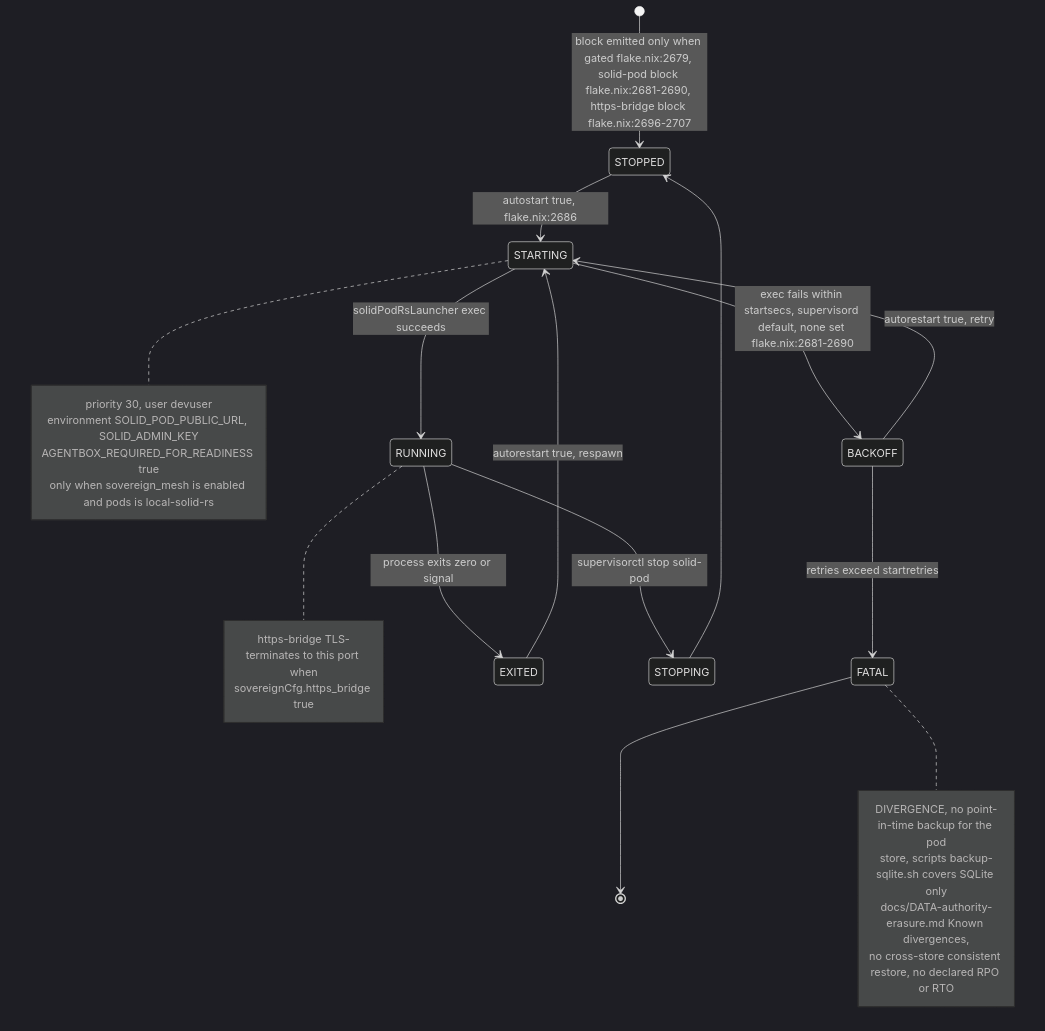
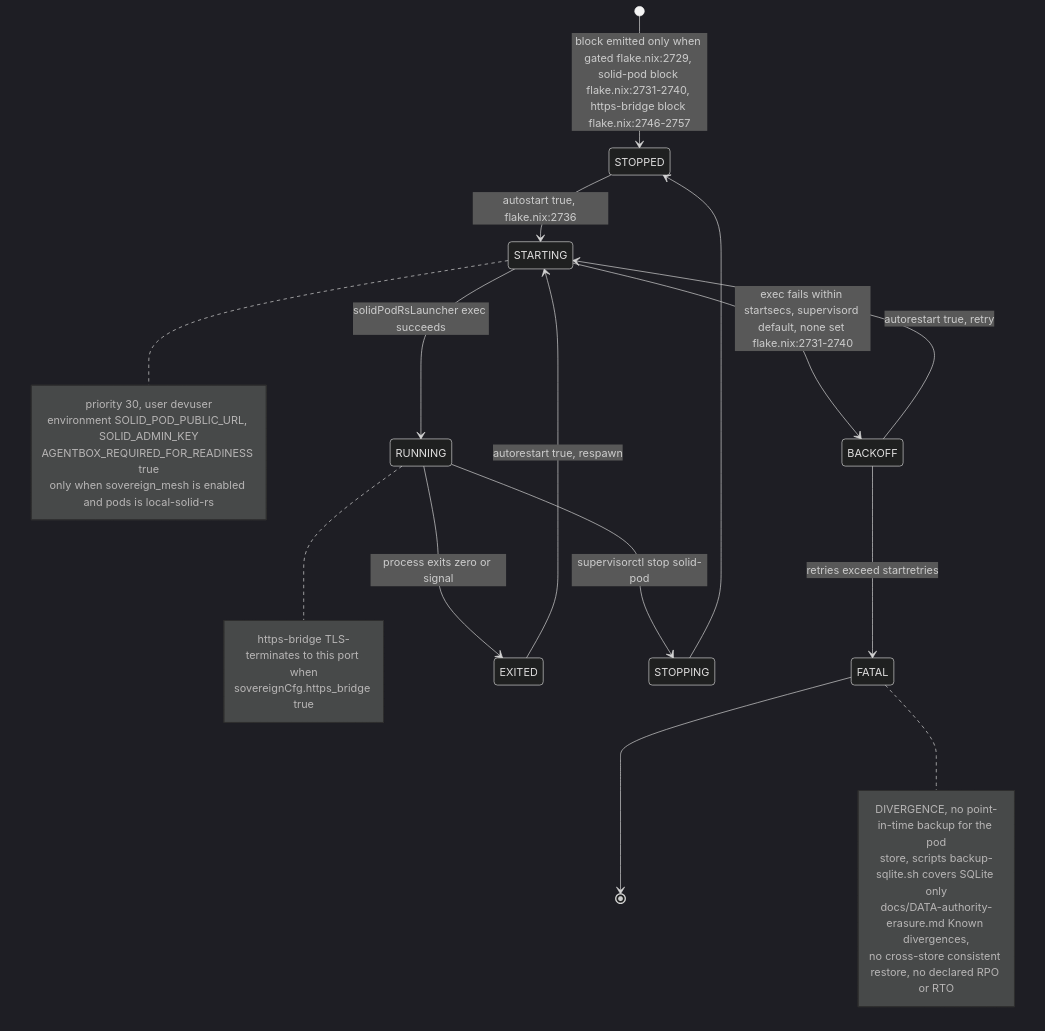
Before and after one commit to DreamLab-AI/VisionFlow: the eighth of 13 diagrams in docs/diagrams/estate/08-solid-pod-estate.md, drawn with Mermaid (dark theme). The commit also changed other lines of this file and 49 other files, not shown here.

First line of the commit message:
docs(diagrams): re-derive and re-stamp VisionClaw, estate, knowledge-graph, visionGraph, VisionFlow and sidestr topics

````diff
--- a/docs/diagrams/estate/08-solid-pod-estate.md
+++ b/docs/diagrams/estate/08-solid-pod-estate.md
@@ -414,18 +414,18 @@
 ```mermaid
 stateDiagram-v2
-    [*] --> STOPPED : block emitted only when gated flake.nix:2679, solid-pod block flake.nix:2681-2690, https-bridge block flake.nix:2696-2707
-    STOPPED --> STARTING : autostart true, flake.nix:2686
+    [*] --> STOPPED : block emitted only when gated flake.nix:2729, solid-pod block flake.nix:2731-2740, https-bridge block flake.nix:2746-2757
+    STOPPED --> STARTING : autostart true, flake.nix:2736
     STARTING --> RUNNING : solidPodRsLauncher exec succeeds
-    STARTING --> BACKOFF : exec fails within startsecs, supervisord default, none set flake.nix:2681-2690
+    STARTING --> BACKOFF : exec fails within startsecs, supervisord default, none set flake.nix:2731-2740
     BACKOFF --> STARTING : autorestart true, retry
     BACKOFF --> FATAL : retries exceed startretries
     RUNNING --> EXITED : process exits zero or signal
     RUNNING --> STOPPING : supervisorctl stop solid-pod
     EXITED --> STARTING : autorestart true, respawn
     STOPPING --> STOPPED
     FATAL --> [*]
 
     note right of STARTING : priority 30, user devuser<br/>environment SOLID_POD_PUBLIC_URL, SOLID_ADMIN_KEY<br/>AGENTBOX_REQUIRED_FOR_READINESS true<br/>only when sovereign_mesh is enabled and pods is local-solid-rs
     note right of RUNNING : https-bridge TLS-terminates to this port when<br/>sovereignCfg.https_bridge true
     note right of FATAL : DIVERGENCE, no point-in-time backup for the pod<br/>store, scripts backup-sqlite.sh covers SQLite only<br/>docs/DATA-authority-erasure.md Known divergences,<br/>no cross-store consistent restore, no declared RPO or RTO
 ```
````
